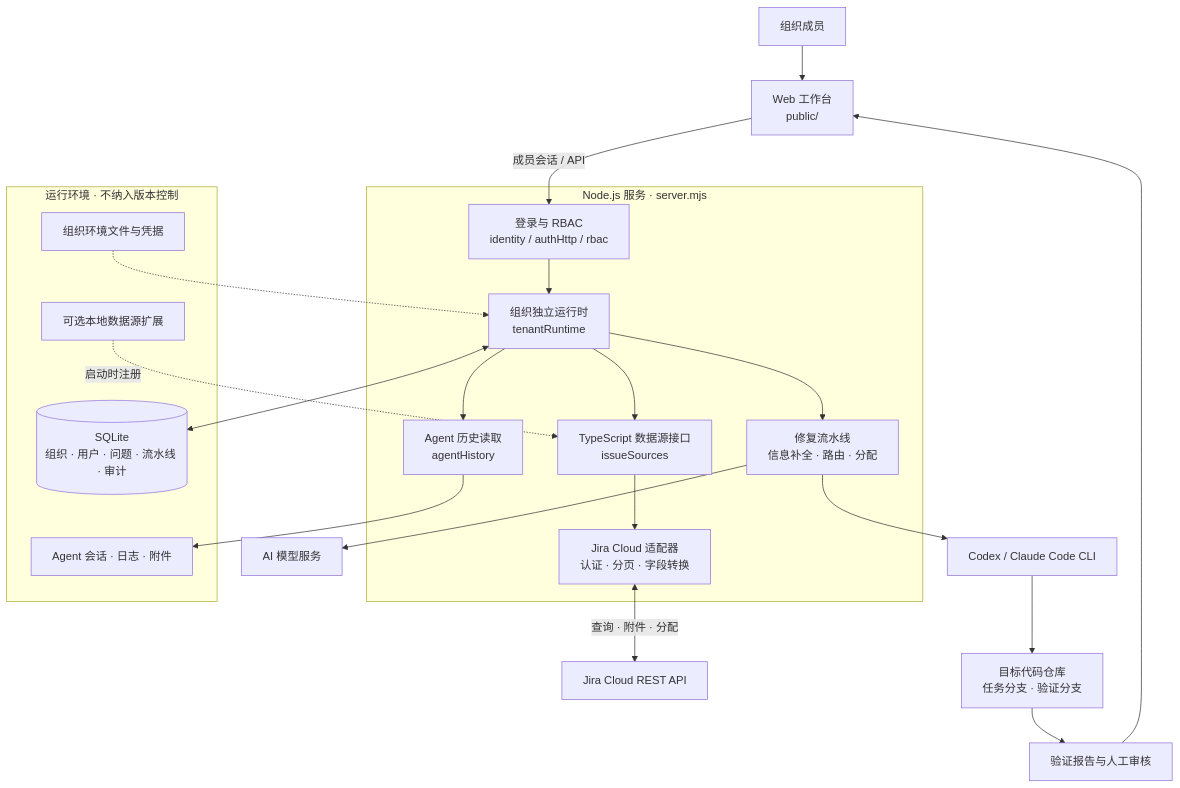
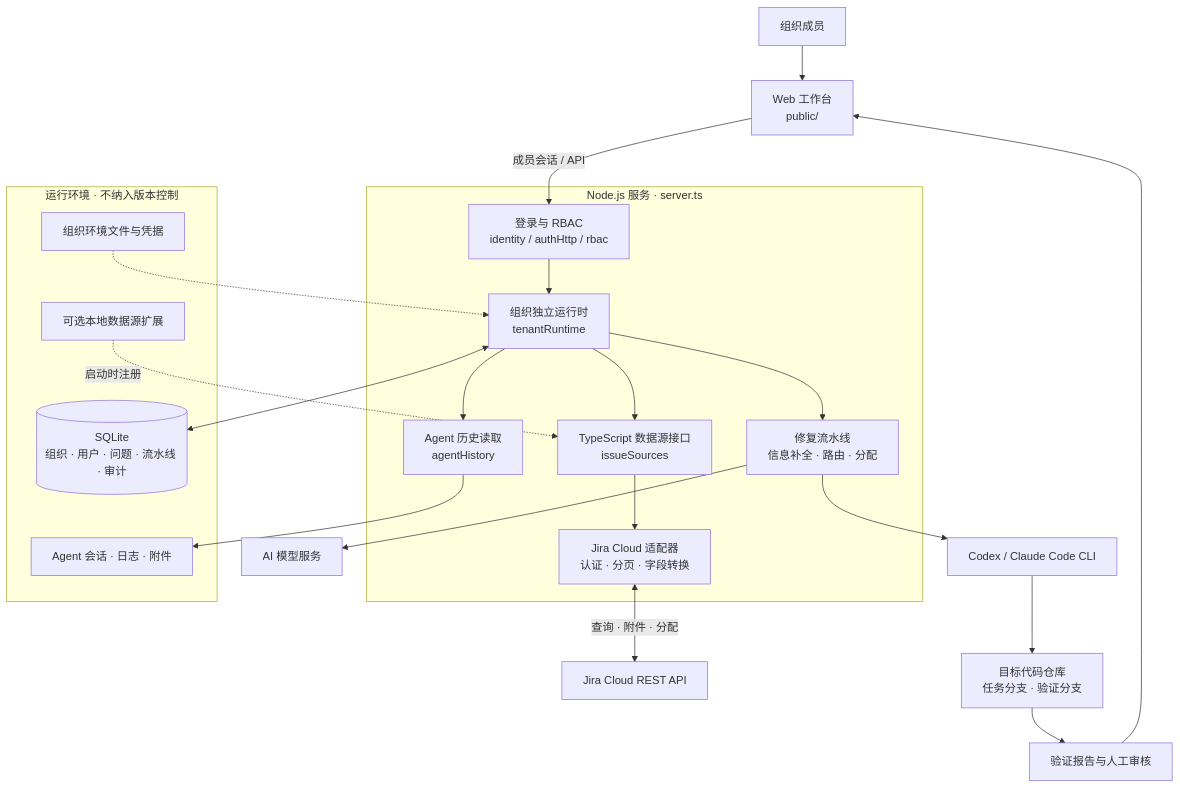
The first of 2 diagrams in README.md (Gausons/auto-workflow), drawn with Mermaid before and after one commit. The commit also changed other lines of this file and 78 other files, not shown here.

````diff
--- a/README.md
+++ b/README.md
@@ -12,34 +12,34 @@
 ```mermaid
 flowchart TB
   User["组织成员"] --> Web["Web 工作台<br/>public/"]
-  subgraph Service["Node.js 服务 · server.mjs"]
+  subgraph Service["Node.js 服务 · server.ts"]
     Auth["登录与 RBAC<br/>identity / authHttp / rbac"]
     Runtime["组织独立运行时<br/>tenantRuntime"]
     Sources["TypeScript 数据源接口<br/>issueSources"]
     Jira["Jira Cloud 适配器<br/>认证 · 分页 · 字段转换"]
     Workflow["修复流水线<br/>信息补全 · 路由 · 分配"]
     History["Agent 历史读取<br/>agentHistory"]
     Auth --> Runtime
     Runtime --> Sources
     Sources --> Jira
     Runtime --> Workflow
     Runtime --> History
   end
   Web -->|"成员会话 / API"| Auth
   Jira <-->|"查询 · 附件 · 分配"| JiraAPI["Jira Cloud REST API"]
   Workflow --> AI["AI 模型服务"]
   Workflow --> IDE["Codex / Claude Code CLI"]
   IDE --> Git["目标代码仓库<br/>任务分支 · 验证分支"]
   Git --> Review["验证报告与人工审核"]
   Review --> Web
   subgraph Local["运行环境 · 不纳入版本控制"]
     DB[("SQLite<br/>组织 · 用户 · 问题 · 流水线 · 审计")]
     Secrets["组织环境文件与凭据"]
     Files["Agent 会话 · 日志 · 附件"]
     Extensions["可选本地数据源扩展"]
   end
   Runtime <--> DB
   Secrets -.-> Runtime
   History --> Files
   Extensions -.->|"启动时注册"| Sources
 ```
````
